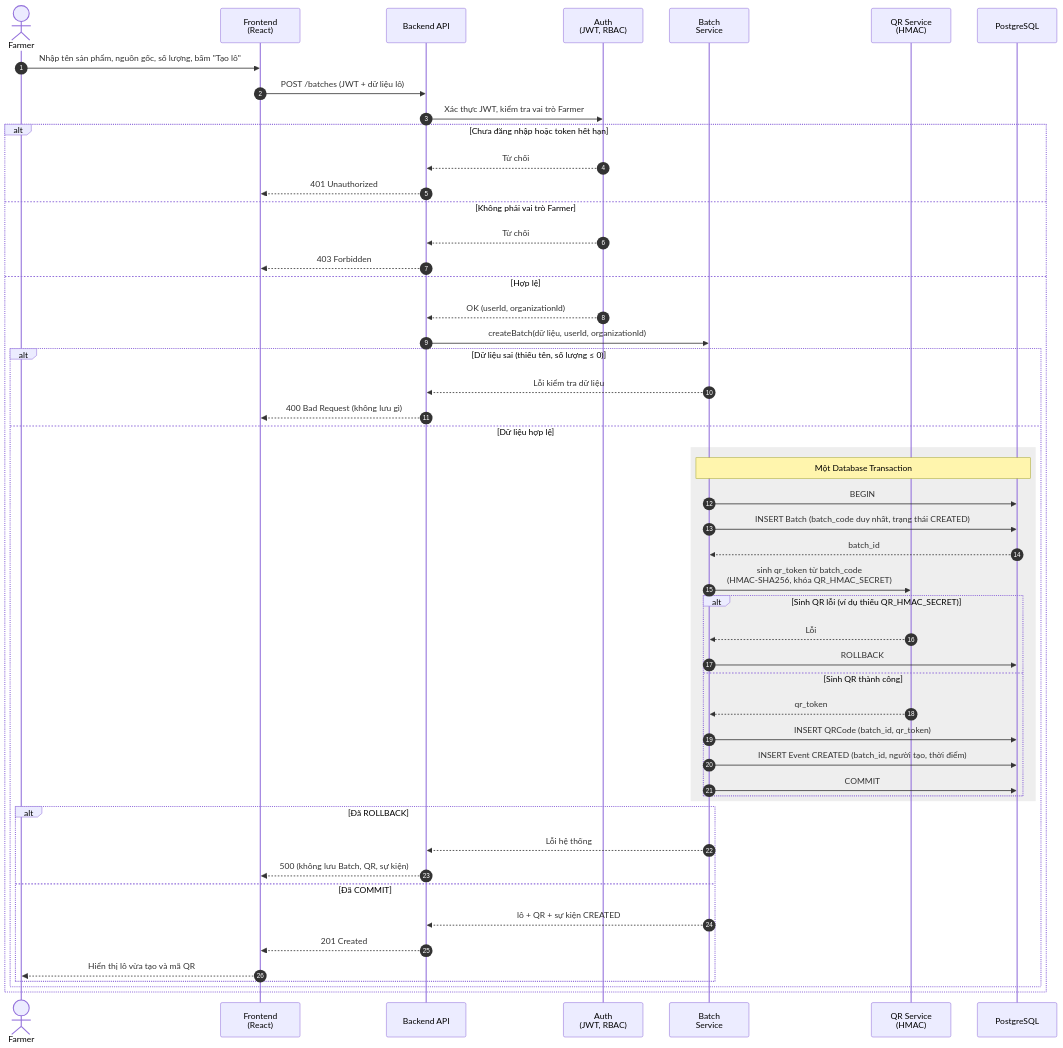
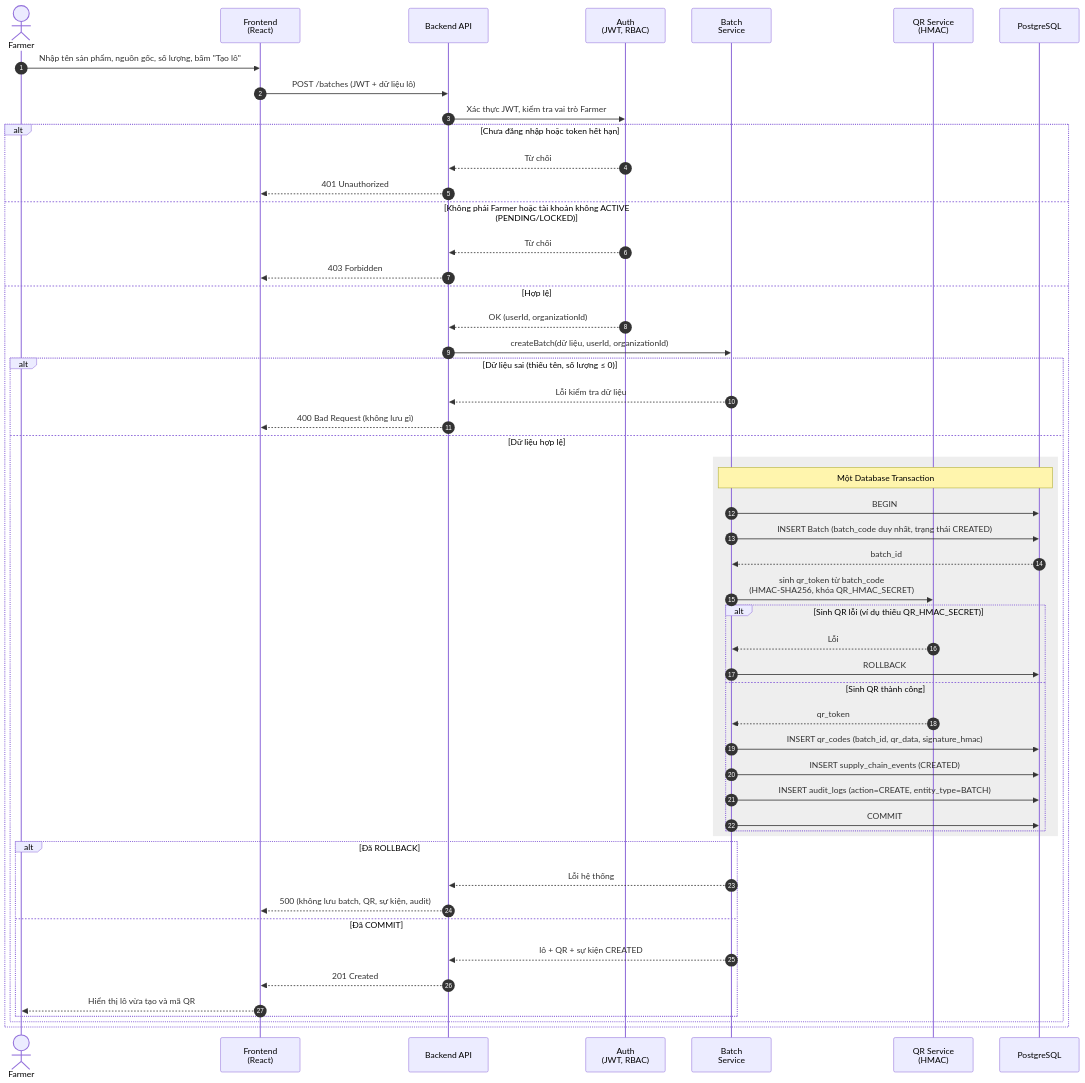
One commit to hbao06/food-supply-chain-traceability-portal changed the first of 3 diagrams in docs/UML/sequence-diagrams.md. Above: the diagram before and after it, drawn with Mermaid. The commit also changed other lines of this file and 5 other files, not shown here.

Commit message:
docs(test): address W3-TV4 sequence and test plan review

````diff
--- a/docs/UML/sequence-diagrams.md
+++ b/docs/UML/sequence-diagrams.md
@@ -31,54 +31,55 @@
 ```mermaid
 sequenceDiagram
     autonumber
     actor F as Farmer
     participant FE as Frontend<br/>(React)
     participant API as Backend API
     participant AU as Auth<br/>(JWT, RBAC)
     participant SV as Batch<br/>Service
     participant QR as QR Service<br/>(HMAC)
     participant DB as PostgreSQL
 
     F->>FE: Nhập tên sản phẩm, nguồn gốc, số lượng, bấm "Tạo lô"
     FE->>API: POST /batches (JWT + dữ liệu lô)
     API->>AU: Xác thực JWT, kiểm tra vai trò Farmer
     alt Chưa đăng nhập hoặc token hết hạn
         AU-->>API: Từ chối
         API-->>FE: 401 Unauthorized
-    else Không phải vai trò Farmer
+    else Không phải Farmer hoặc tài khoản không ACTIVE (PENDING/LOCKED)
         AU-->>API: Từ chối
         API-->>FE: 403 Forbidden
     else Hợp lệ
         AU-->>API: OK (userId, organizationId)
         API->>SV: createBatch(dữ liệu, userId, organizationId)
         alt Dữ liệu sai (thiếu tên, số lượng ≤ 0)
             SV-->>API: Lỗi kiểm tra dữ liệu
             API-->>FE: 400 Bad Request (không lưu gì)
         else Dữ liệu hợp lệ
             rect rgb(238, 238, 238)
             Note over SV,DB: Một Database Transaction
             SV->>DB: BEGIN
             SV->>DB: INSERT Batch (batch_code duy nhất, trạng thái CREATED)
             DB-->>SV: batch_id
             SV->>QR: sinh qr_token từ batch_code<br/>(HMAC-SHA256, khóa QR_HMAC_SECRET)
             alt Sinh QR lỗi (ví dụ thiếu QR_HMAC_SECRET)
                 QR-->>SV: Lỗi
                 SV->>DB: ROLLBACK
             else Sinh QR thành công
                 QR-->>SV: qr_token
-                SV->>DB: INSERT QRCode (batch_id, qr_token)
-                SV->>DB: INSERT Event CREATED (batch_id, người tạo, thời điểm)
+                SV->>DB: INSERT qr_codes (batch_id, qr_data, signature_hmac)
+                SV->>DB: INSERT supply_chain_events (CREATED)
+                SV->>DB: INSERT audit_logs (action=CREATE, entity_type=BATCH)
                 SV->>DB: COMMIT
             end
             end
             alt Đã ROLLBACK
                 SV-->>API: Lỗi hệ thống
-                API-->>FE: 500 (không lưu Batch, QR, sự kiện)
+        API-->>FE: 500 (không lưu batch, QR, sự kiện, audit)
             else Đã COMMIT
                 SV-->>API: lô + QR + sự kiện CREATED
                 API-->>FE: 201 Created
                 FE-->>F: Hiển thị lô vừa tạo và mã QR
             end
         end
     end
 ```
````
